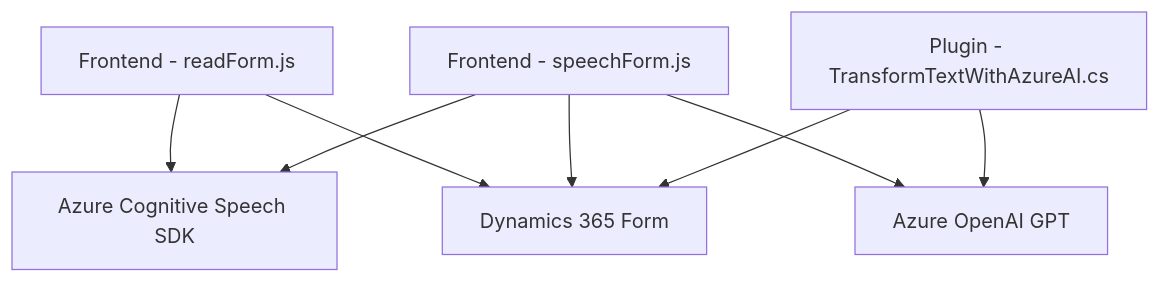
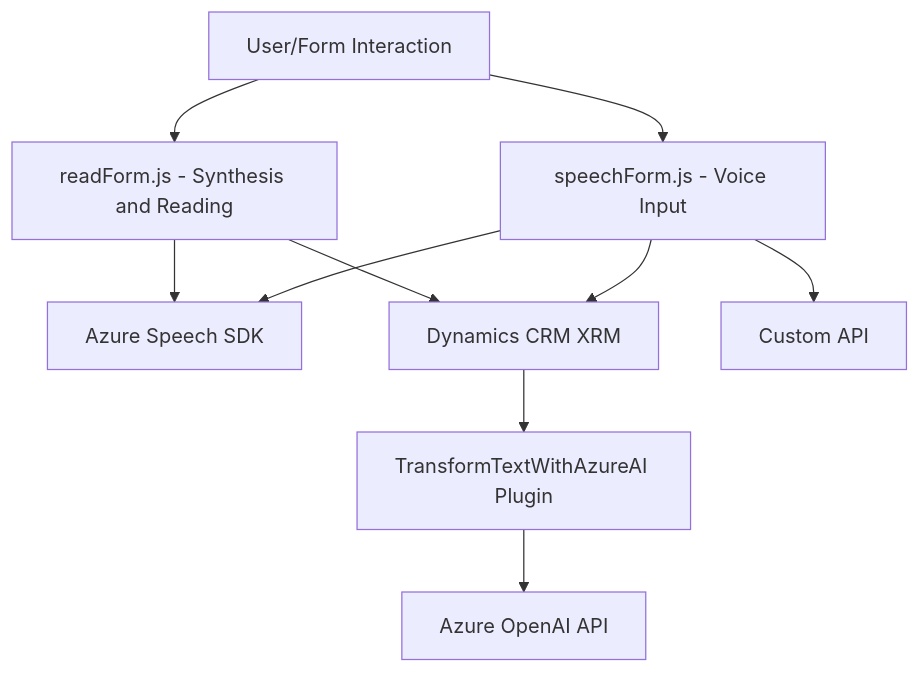
One commit to blopezdm/NETCORE_BILBAO2025 changed the diagram in README.md. Above: the diagram before and after it, drawn with Mermaid. The commit also changed other lines of this file, not shown here.

````diff
--- a/README.md
+++ b/README.md
@@ -38,17 +40,21 @@
 ```mermaid
 graph TD
-  A["Frontend - readForm.js"]
-  B["Frontend - speechForm.js"]
-  C["Plugin - TransformTextWithAzureAI.cs"]
-  D["Dynamics 365 Form"]
-  E["Azure Cognitive Speech SDK"]
-  F["Azure OpenAI GPT"]
-  
-  A --> E
-  B --> E
-  B --> F
-  C --> F
-  A --> D
-  B --> D
-  C --> D
+A["User/Form Interaction"]
+B["readForm.js - Synthesis and Reading"]
+C["speechForm.js - Voice Input"]
+D["Azure Speech SDK"]
+E["Dynamics CRM XRM"]
+F["TransformTextWithAzureAI Plugin"]
+G["Azure OpenAI API"]
+H["Custom API"]
+
+A --> B
+B --> D
+A --> C
+C --> D
+C --> H
+B --> E
+C --> E
+E --> F
+F --> G
 ```
````
